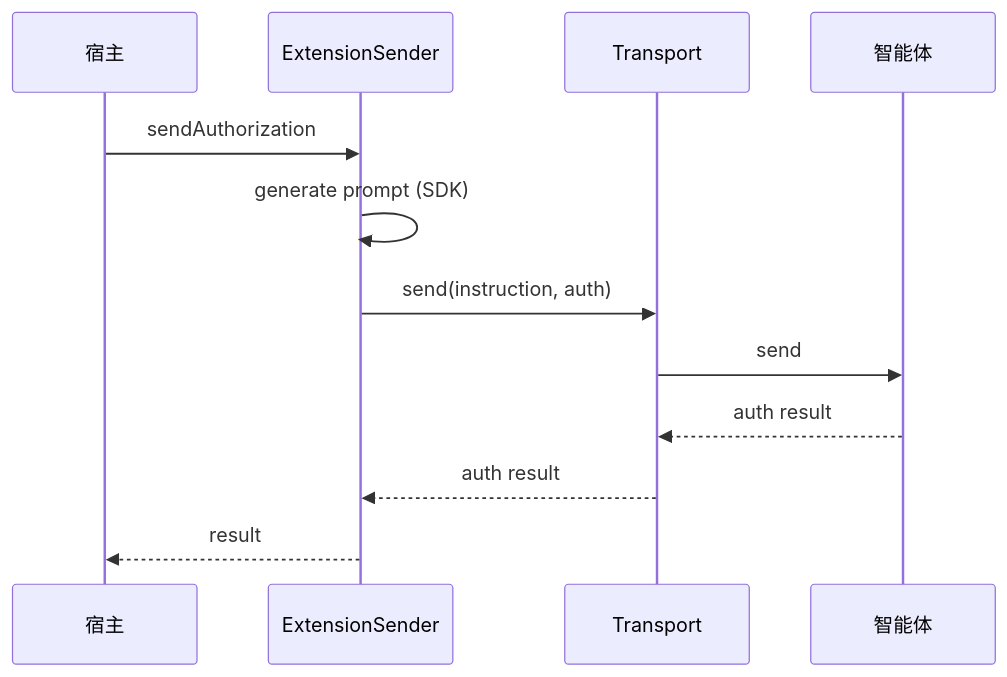
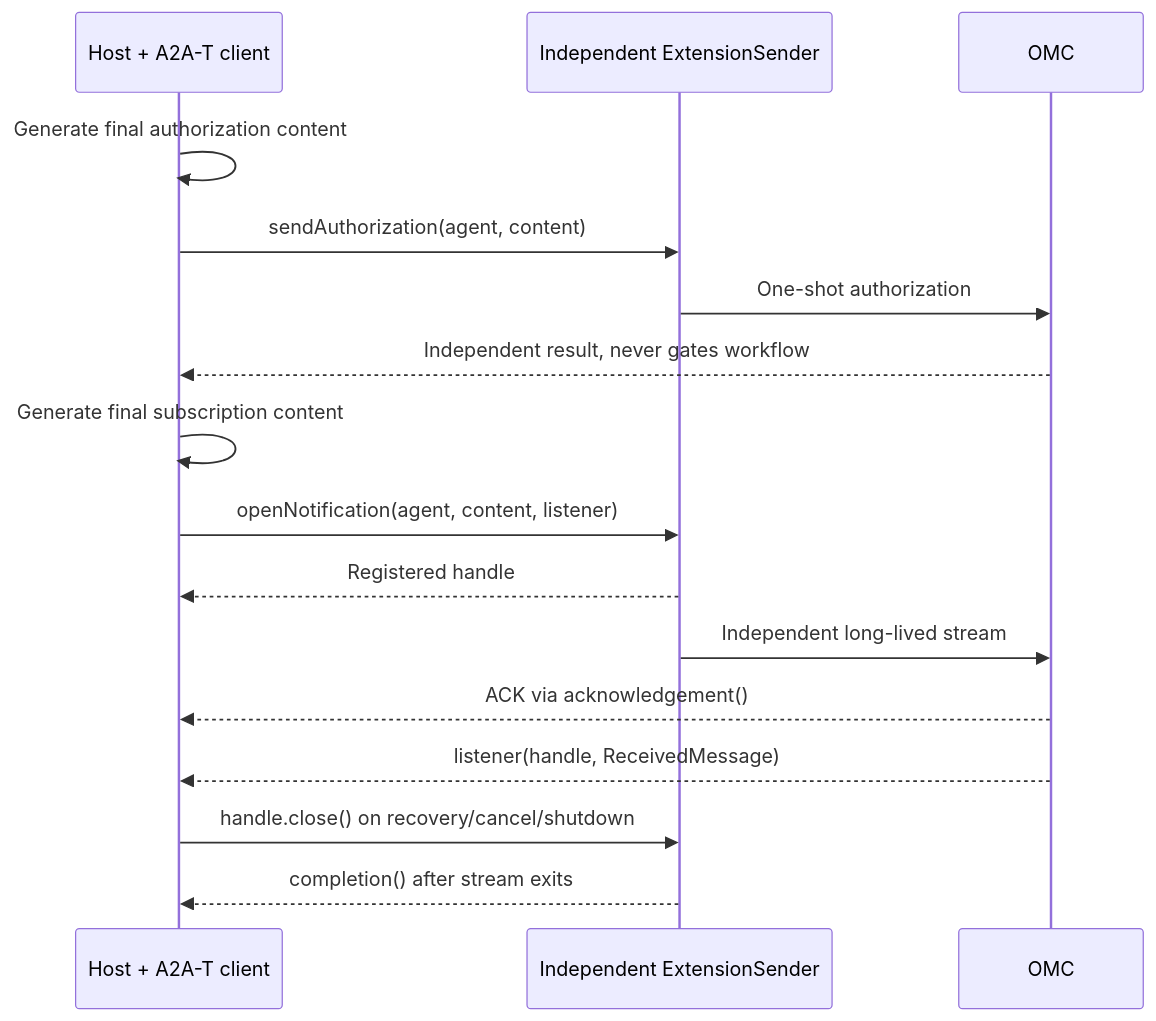
Before and after one commit to Zhoujie628/workflow-engine-sdk-java: the third of 3 diagrams in docs/zh/DESIGN.md, drawn with Mermaid. The commit also changed other lines of this file and 14 other files, not shown here.

````diff
--- a/docs/zh/DESIGN.md
+++ b/docs/zh/DESIGN.md
@@ -232,15 +185,18 @@
 ```mermaid
 sequenceDiagram
-    participant H as 宿主
-    participant ES as ExtensionSender
-    participant T as Transport
-    participant A as 智能体
-
-    H->>ES: sendAuthorization
-    ES->>ES: generate prompt (SDK)
-    ES->>T: send(instruction, auth)
-    T->>A: send
-    A-->>T: auth result
-    T-->>ES: auth result
-    ES-->>H: result
+    participant H as Host + A2A-T client
+    participant ES as Independent ExtensionSender
+    participant A as OMC
+    H->>H: Generate final authorization content
+    H->>ES: sendAuthorization(agent, content)
+    ES->>A: One-shot authorization
+    A-->>H: Independent result, never gates workflow
+    H->>H: Generate final subscription content
+    H->>ES: openNotification(agent, content, listener)
+    ES-->>H: Registered handle
+    ES->>A: Independent long-lived stream
+    A-->>H: ACK via acknowledgement()
+    A-->>H: listener(handle, ReceivedMessage)
+    H->>ES: handle.close() on recovery/cancel/shutdown
+    ES-->>H: completion() after stream exits
 ```
````
